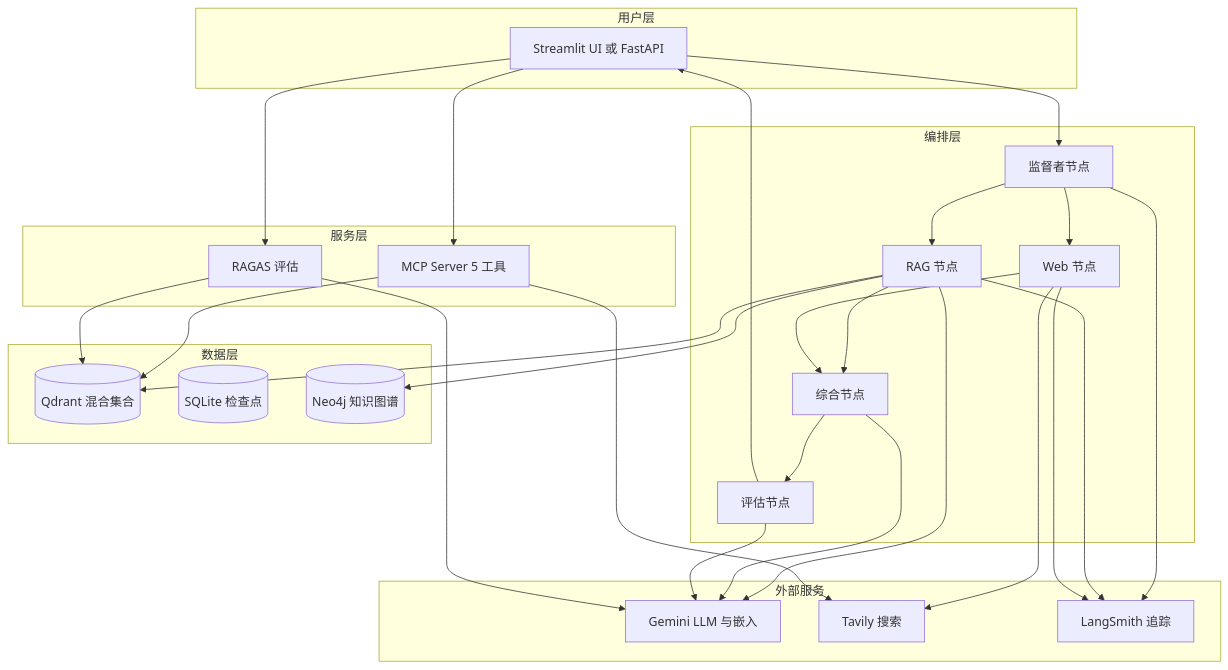
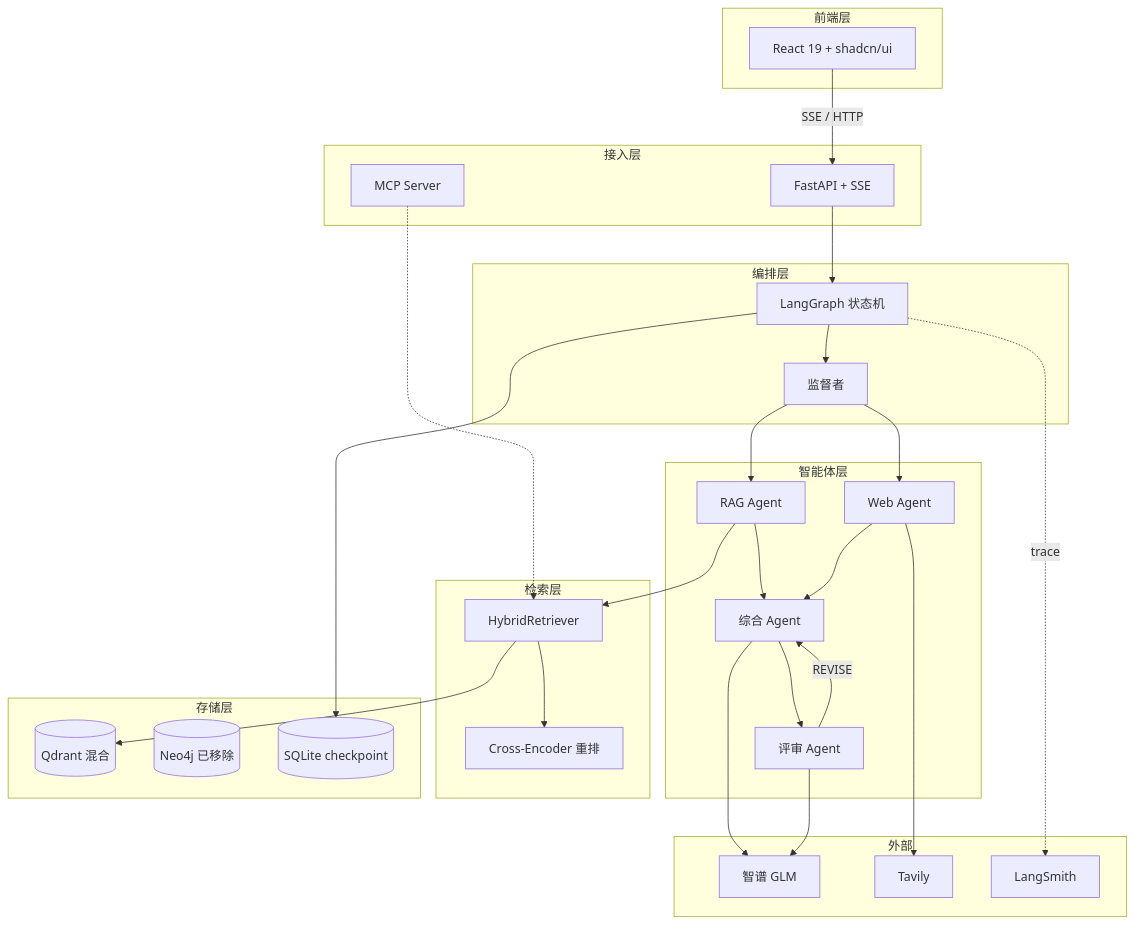
Diagram 12 of 16 in docs/omnirag_learning_doc.md (asfhkkkvh/agent), drawn with Mermaid before and after one commit. The commit also changed other lines of this file and 23 other files, not shown here.

First line of the commit message:
feat: LLM 迁移智谱 GLM + 移除知识图谱 + RAGAS 改轻量评估

````diff
--- a/docs/omnirag_learning_doc.md
+++ b/docs/omnirag_learning_doc.md
@@ -939,49 +1284,52 @@
 ```mermaid
 flowchart TB
-    subgraph 用户层
-        U[Streamlit UI 或 FastAPI]
+    subgraph 前端层
+        A[React 19 + shadcn/ui]
+    end
+    subgraph 接入层
+        B[FastAPI + SSE]
+        MCP[MCP Server]
     end
     subgraph 编排层
-        SUP[监督者节点]
-        RAGN[RAG 节点]
-        WEB[Web 节点]
-        SYN[综合节点]
-        CRI[评估节点]
+        C[LangGraph 状态机]
+        SUP[监督者]
     end
-    subgraph 服务层
-        MCP[MCP Server 5 工具]
-        EVAL[RAGAS 评估]
+    subgraph 智能体层
+        D[RAG Agent]
+        E[Web Agent]
+        F[综合 Agent]
+        G[评审 Agent]
     end
-    subgraph 数据层
-        QD[(Qdrant 混合集合)]
-        DB[(SQLite 检查点)]
-        KG[(Neo4j 知识图谱)]
+    subgraph 检索层
+        H[HybridRetriever]
+        RR[Cross-Encoder 重排]
     end
-    subgraph 外部服务
-        GM[Gemini LLM 与嵌入]
-        TV[Tavily 搜索]
-        LS[LangSmith 追踪]
+    subgraph 存储层
+        I[(Qdrant 混合)]
+        J[(Neo4j 已移除)]
+        K[(SQLite checkpoint)]
     end
-    U --> SUP
-    SUP --> RAGN
-    SUP --> WEB
-    RAGN --> SYN
-    WEB --> SYN
-    SYN --> CRI
-    CRI --> U
-    RAGN --> QD
-    RAGN --> KG
-    RAGN --> GM
-    WEB --> TV
-    SYN --> GM
-    CRI --> GM
-    U --> MCP
-    MCP --> QD
-    MCP --> TV
-    U --> EVAL
-    EVAL --> QD
-    EVAL --> GM
-    SUP --> LS
-    RAGN --> LS
-    WEB --> LS
+    subgraph 外部
+        L[智谱 GLM]
+        T[Tavily]
+        LS[LangSmith]
+    end
+    A -->|SSE / HTTP| B
+    B --> C
+    MCP -.-> H
+    C --> SUP
+    SUP --> D
+    SUP --> E
+    D --> H
+    H --> I
+    H --> RR
+    E --> T
+    D --> F
+    E --> F
+    F --> G
+    G -->|REVISE| F
+    F --> L
+    G --> L
+    C --> K
+    C -.->|trace| LS
 ```
````
